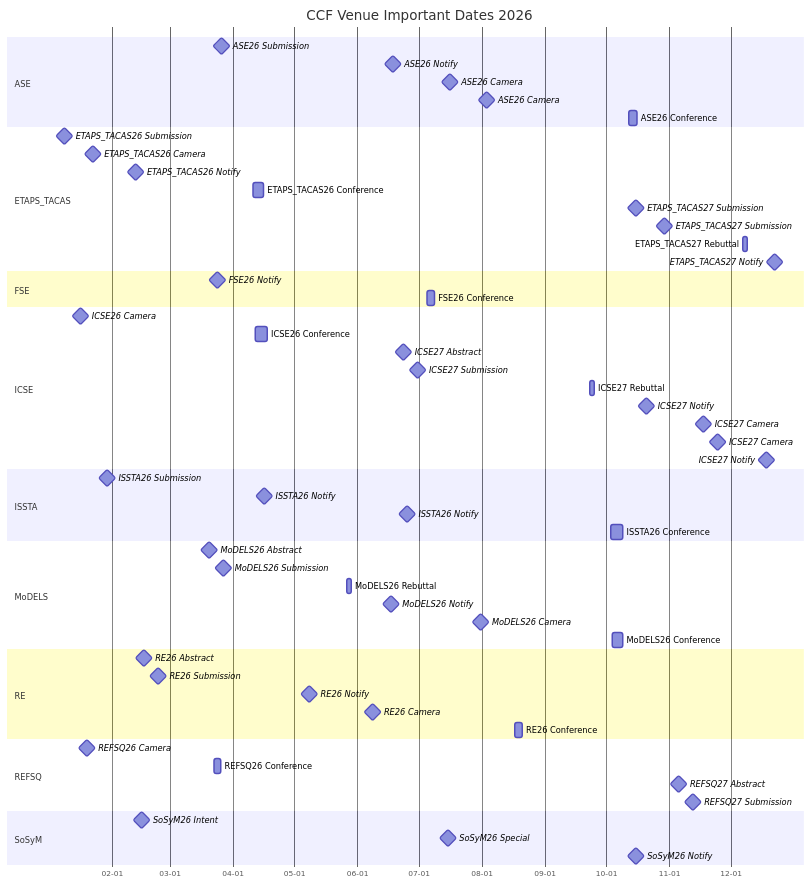
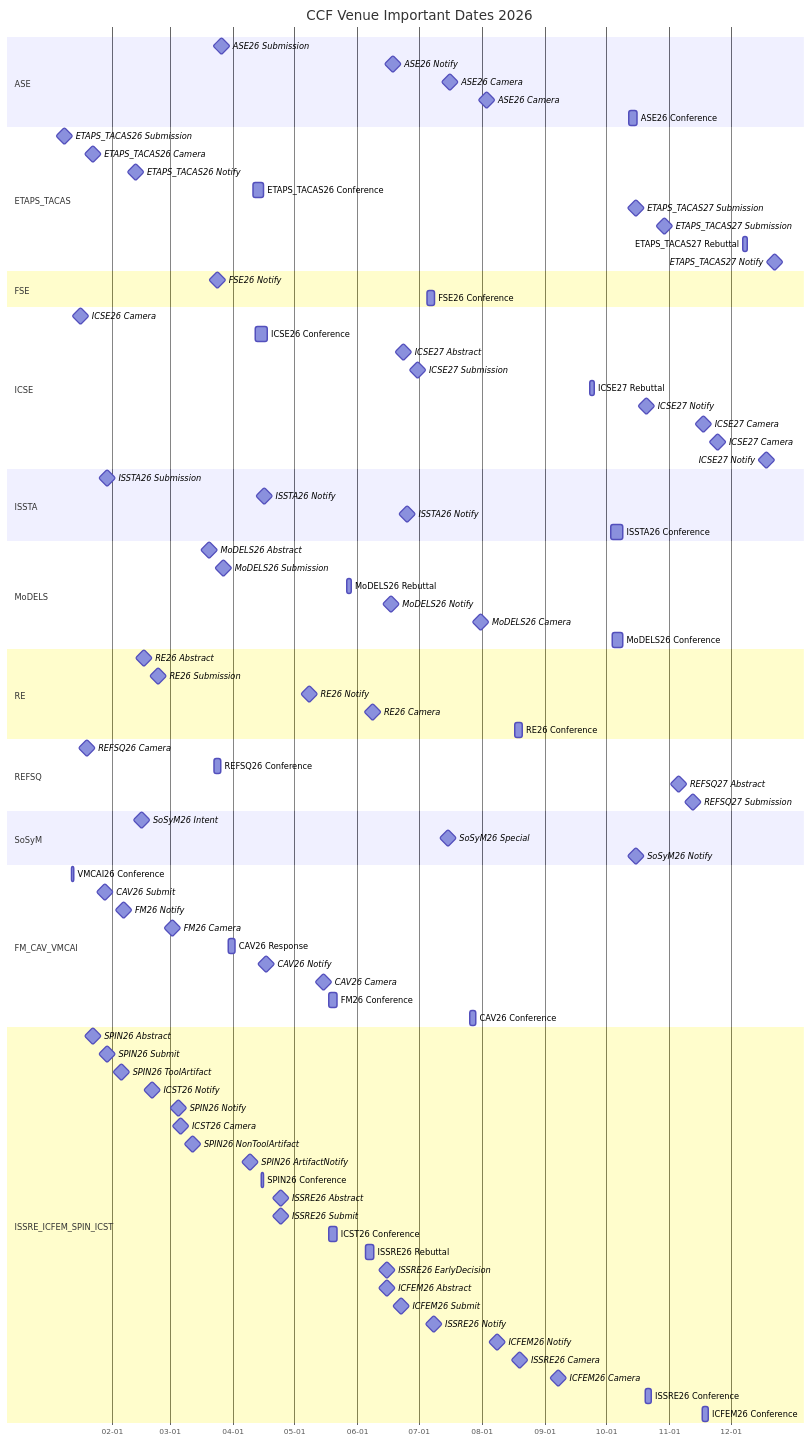
One commit to HansBug/research_ideas changed the third of 9 diagrams in ccf_venues/TIMELINE.md. Above: the diagram before and after it, drawn with Mermaid. The commit also changed other lines of this file and 67 other files, not shown here.

````diff
--- a/ccf_venues/TIMELINE.md
+++ b/ccf_venues/TIMELINE.md
@@ -265,4 +322,39 @@
   SoSyM26 Special :milestone, sosym_2026_2_20260715, 2026-07-15, 1d
   SoSyM26 Notify :milestone, sosym_2026_3_20261015, 2026-10-15, 1d
 
+  section FM_CAV_VMCAI
+  VMCAI26 Conference :vmcai2026_conf, 2026-01-12, 2026-01-13
+  CAV26 Submit :milestone, cav2026_submit, 2026-01-28, 1d
+  FM26 Notify :milestone, fm2026_notify, 2026-02-06, 1d
+  FM26 Camera :milestone, fm2026_camera, 2026-03-02, 1d
+  CAV26 Response :cav2026_resp, 2026-03-30, 2026-04-02
+  CAV26 Notify :milestone, cav2026_notify, 2026-04-17, 1d
+  CAV26 Camera :milestone, cav2026_camera, 2026-05-15, 1d
+  FM26 Conference :fm2026_conf, 2026-05-18, 2026-05-22
+  CAV26 Conference :cav2026_conf, 2026-07-26, 2026-07-29
+
+  section ISSRE_ICFEM_SPIN_ICST
+  SPIN26 Abstract :milestone, spin2026_abs, 2026-01-22, 1d
+  SPIN26 Submit :milestone, spin2026_submit, 2026-01-29, 1d
+  SPIN26 ToolArtifact :milestone, spin2026_tool_art, 2026-02-05, 1d
+  ICST26 Notify :milestone, icst2026_notify, 2026-02-20, 1d
+  SPIN26 Notify :milestone, spin2026_notify, 2026-03-05, 1d
+  ICST26 Camera :milestone, icst2026_camera, 2026-03-06, 1d
+  SPIN26 NonToolArtifact :milestone, spin2026_non_tool_art, 2026-03-12, 1d
+  SPIN26 ArtifactNotify :milestone, spin2026_art_notify, 2026-04-09, 1d
+  SPIN26 Conference :spin2026_conf, 2026-04-15, 2026-04-16
+  ISSRE26 Abstract :milestone, issre2026_abs, 2026-04-24, 1d
+  ISSRE26 Submit :milestone, issre2026_submit, 2026-04-24, 1d
+  ICST26 Conference :icst2026_conf, 2026-05-18, 2026-05-22
+  ISSRE26 Rebuttal :issre2026_rebuttal, 2026-06-05, 2026-06-09
+  ISSRE26 EarlyDecision :milestone, issre2026_early, 2026-06-15, 1d
+  ICFEM26 Abstract :milestone, icfem2026_abs, 2026-06-15, 1d
+  ICFEM26 Submit :milestone, icfem2026_submit, 2026-06-22, 1d
+  ISSRE26 Notify :milestone, issre2026_notify, 2026-07-08, 1d
+  ICFEM26 Notify :milestone, icfem2026_notify, 2026-08-08, 1d
+  ISSRE26 Camera :milestone, issre2026_camera, 2026-08-19, 1d
+  ICFEM26 Camera :milestone, icfem2026_camera, 2026-09-07, 1d
+  ISSRE26 Conference :issre2026_conf, 2026-10-20, 2026-10-23
+  ICFEM26 Conference :icfem2026_conf, 2026-11-17, 2026-11-20
+
 ```
````
